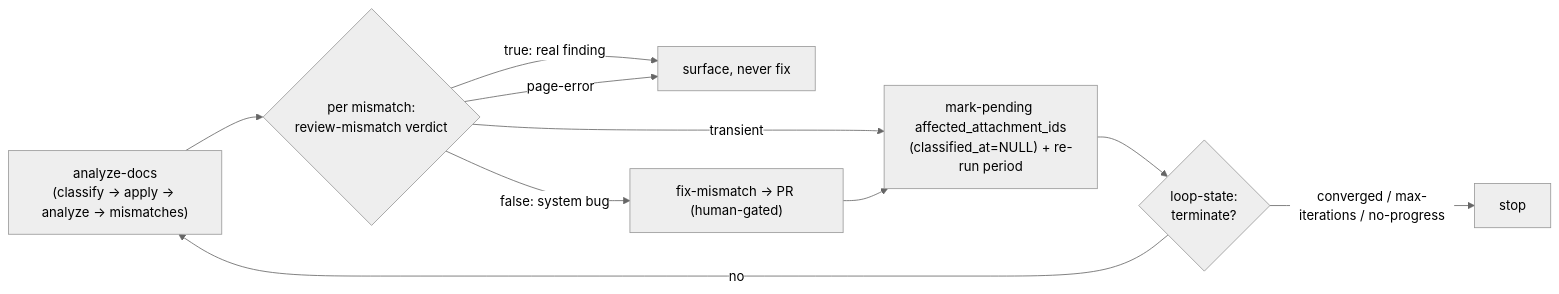
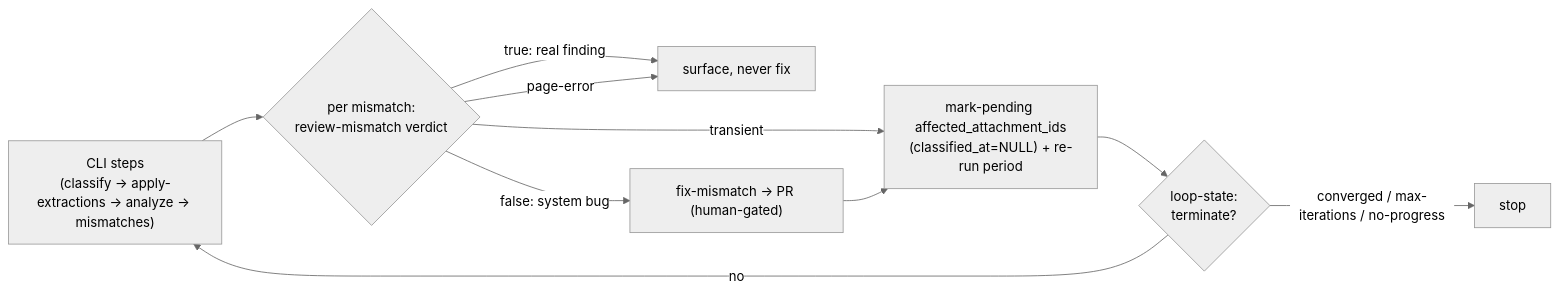
The third of 3 diagrams in scripts/pipeline-flow.md (Gchahm/svhc-relatorios), drawn with Mermaid (neutral theme) before and after one commit. The commit also changed other lines of this file and 48 other files, not shown here.

First line of the commit message:
feat(066): all-CLI typed document transcription — add classify command, retire classify skills, typed-only (EXTRACT-007) (#122)

````diff
--- a/scripts/pipeline-flow.md
+++ b/scripts/pipeline-flow.md
@@ -154,12 +153,12 @@
 ```mermaid
 flowchart LR
-    A["analyze-docs<br/>(classify → apply → analyze → mismatches)"] --> R{"per mismatch:<br/>review-mismatch verdict"}
+    A["CLI steps<br/>(classify → apply-extractions → analyze → mismatches)"] --> R{"per mismatch:<br/>review-mismatch verdict"}
     R -->|true: real finding| keep["surface, never fix"]
     R -->|false: system bug| F["fix-mismatch → PR (human-gated)"]
     R -->|transient| RE
     R -->|page-error| keep
     F --> RE["mark-pending affected_attachment_ids<br/>(classified_at=NULL) + re-run period"]
     RE --> S{"loop-state:<br/>terminate?"}
     S -->|converged / max-iterations / no-progress| done["stop"]
     S -->|no| A
 ```
````
